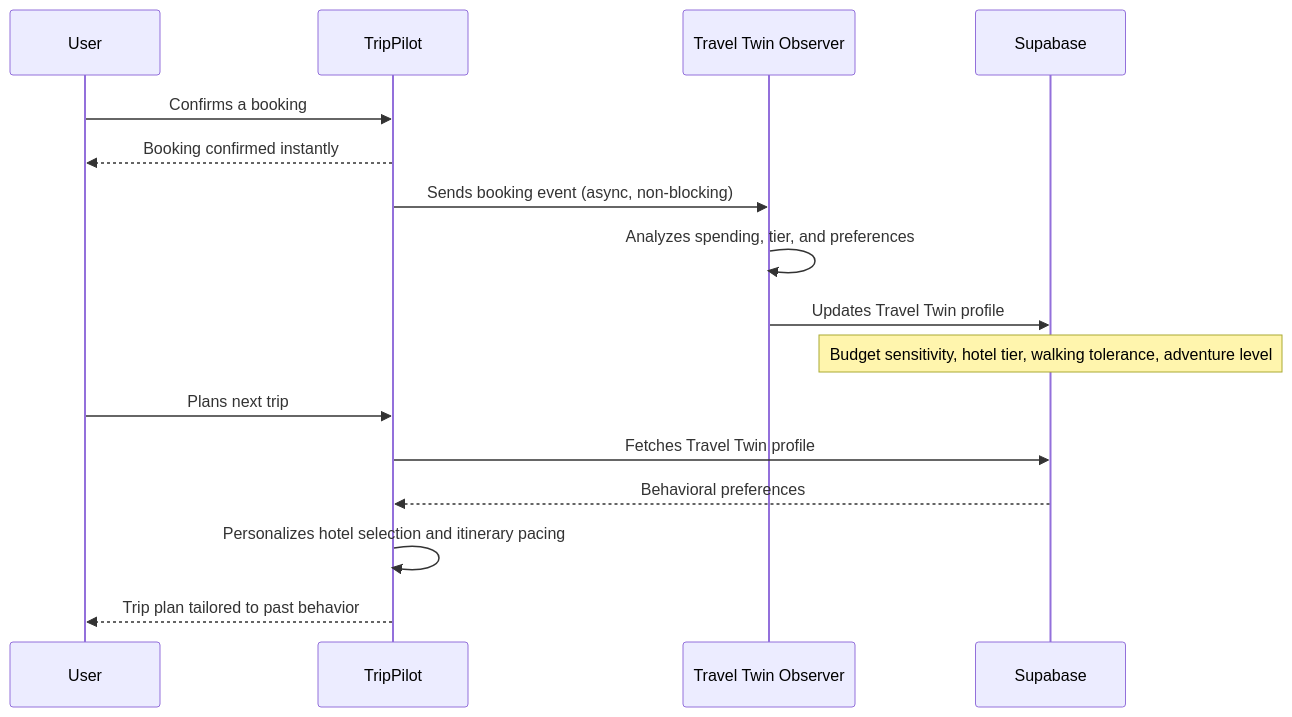
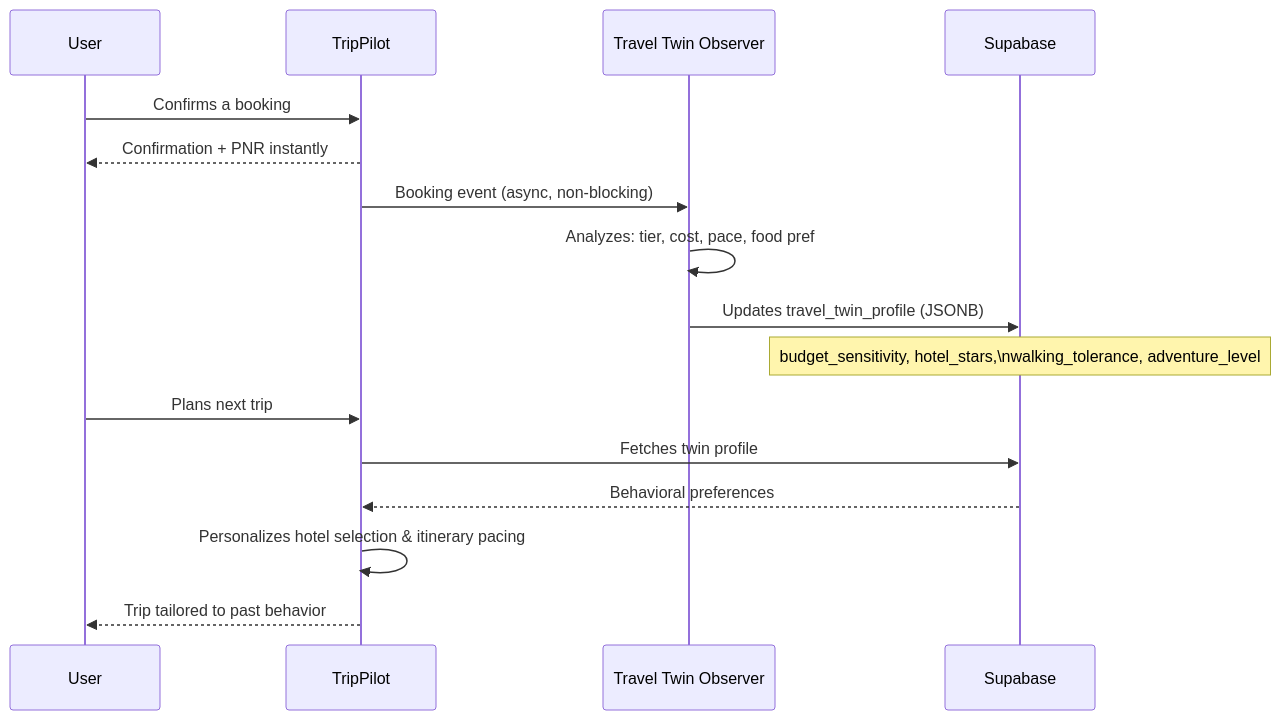
The third of 3 diagrams in README.md (Abhishekmnnit6022/Trip-Pilot), drawn with Mermaid before and after one commit. The commit also changed other lines of this file and 13 other files, not shown here.

````diff
--- a/README.md
+++ b/README.md
@@ -113,20 +96,20 @@
 ```mermaid
 sequenceDiagram
     participant U as User
     participant App as TripPilot
     participant Obs as Travel Twin Observer
     participant DB as Supabase
 
     U->>App: Confirms a booking
-    App-->>U: Booking confirmed instantly
-    App->>Obs: Sends booking event (async, non-blocking)
-    Obs->>Obs: Analyzes spending, tier, and preferences
-    Obs->>DB: Updates Travel Twin profile
-    Note over DB: Budget sensitivity, hotel tier, walking tolerance, adventure level
+    App-->>U: Confirmation + PNR instantly
+    App->>Obs: Booking event (async, non-blocking)
+    Obs->>Obs: Analyzes: tier, cost, pace, food pref
+    Obs->>DB: Updates travel_twin_profile (JSONB)
+    Note over DB: budget_sensitivity, hotel_stars,\nwalking_tolerance, adventure_level
 
     U->>App: Plans next trip
-    App->>DB: Fetches Travel Twin profile
+    App->>DB: Fetches twin profile
     DB-->>App: Behavioral preferences
-    App->>App: Personalizes hotel selection and itinerary pacing
-    App-->>U: Trip plan tailored to past behavior
+    App->>App: Personalizes hotel selection & itinerary pacing
+    App-->>U: Trip tailored to past behavior
 ```
````
